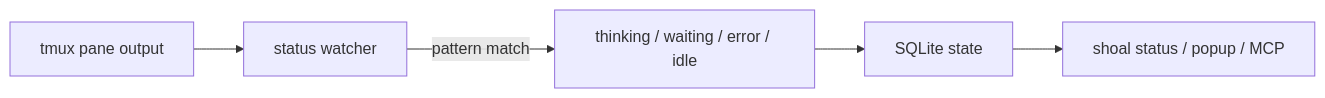
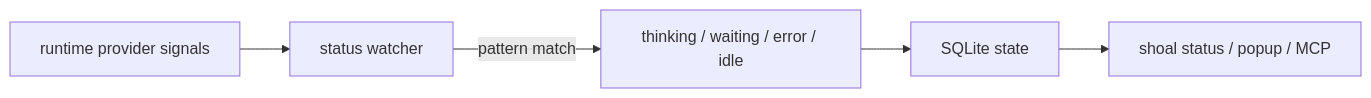
Before and after one commit to TheShoal/shoal-cli: the second of 3 diagrams in docs/architecture.md, drawn with Mermaid. The commit also changed other lines of this file and 1 other file, not shown here.

Commit message:
docs(arch): modernize terminology to runtime providers

````diff
--- a/docs/architecture.md
+++ b/docs/architecture.md
@@ -58,7 +58,7 @@
 ```mermaid
 flowchart LR
-    Pane["tmux pane output"] --> Watcher["status watcher"]
+    Pane["runtime provider signals"] --> Watcher["status watcher"]
     Watcher -->|"pattern match"| Status["thinking / waiting / error / idle"]
     Status --> DB["SQLite state"]
     DB --> Surfaces["shoal status / popup / MCP"]
 ```
````
